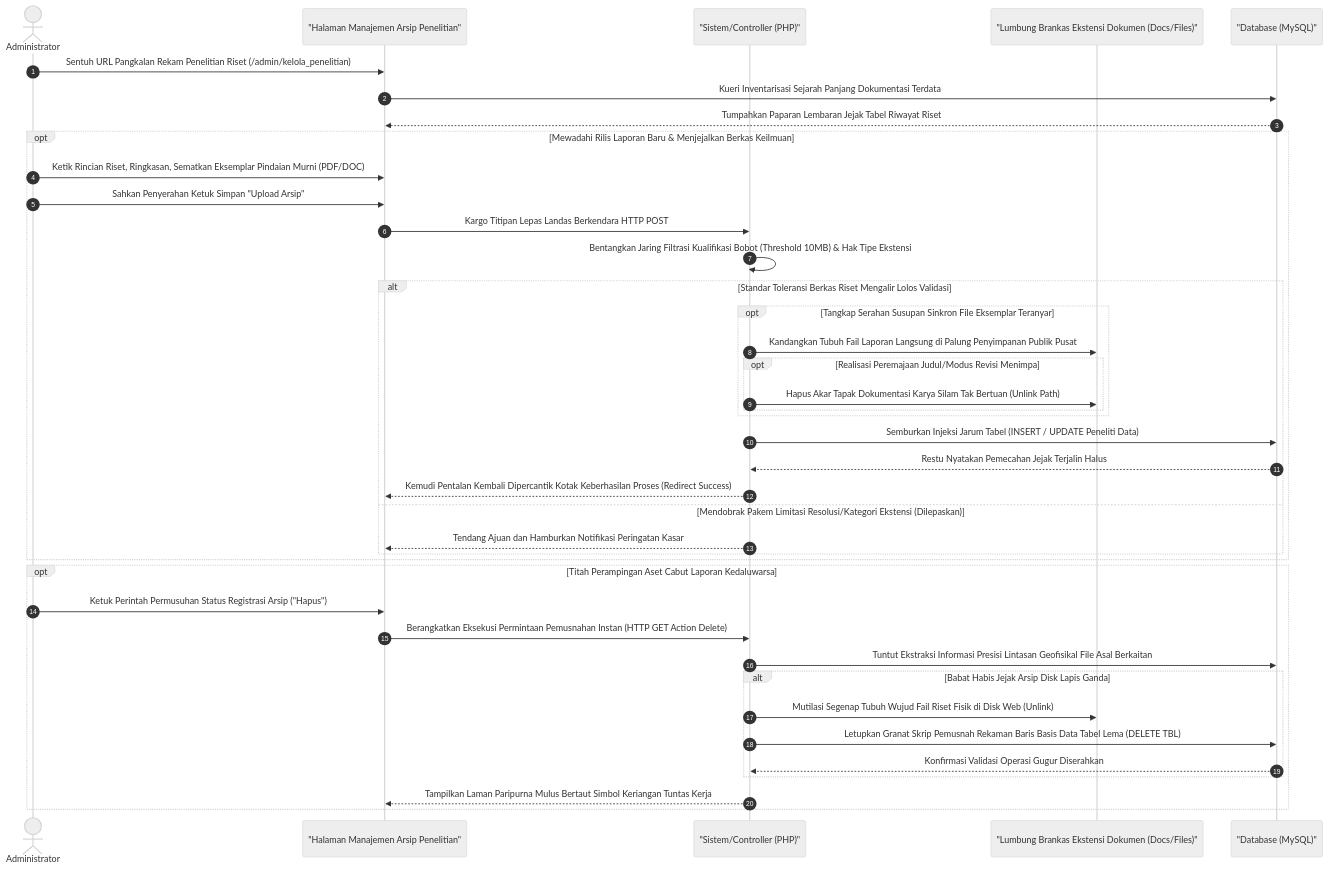
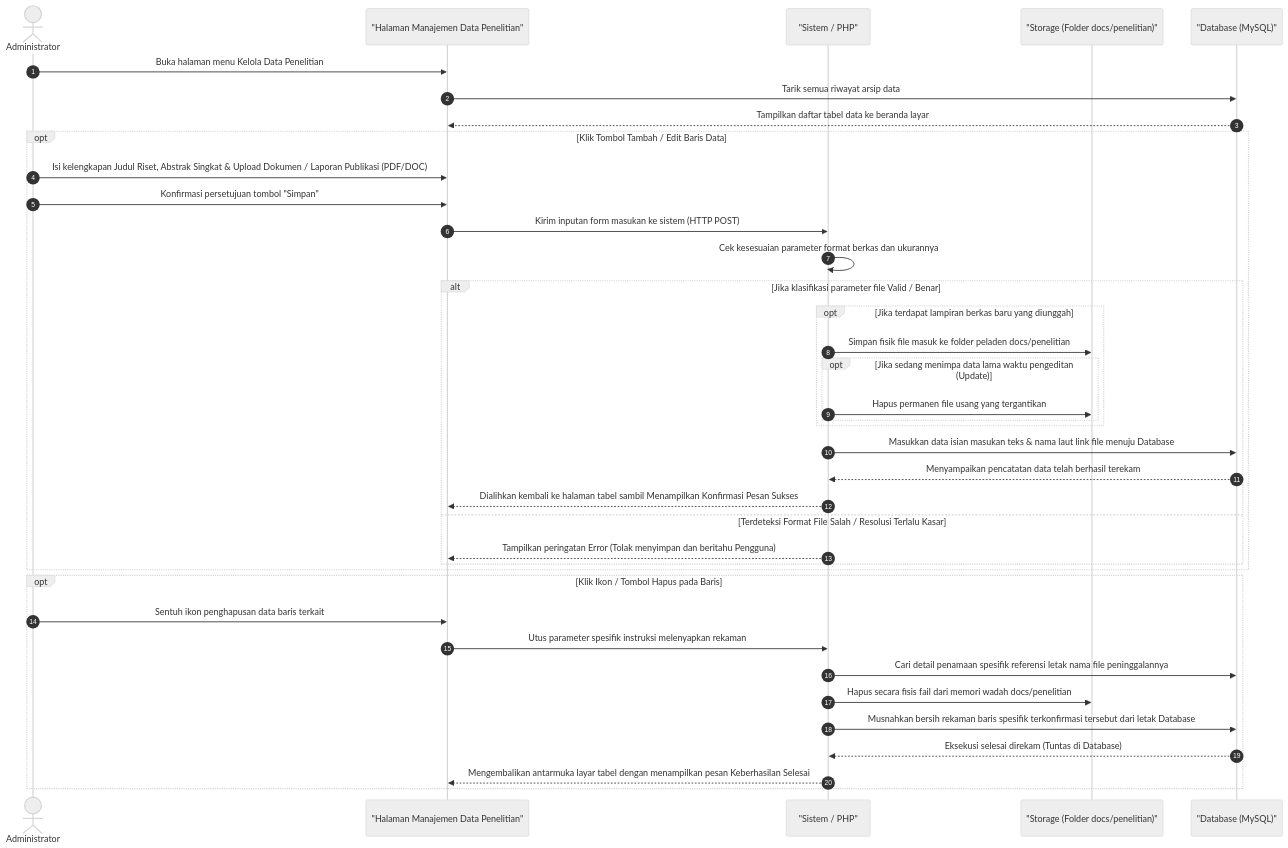
Before and after one commit to arbain-dev/Web_fikom: the diagram in docs/sequence_diagram_admin_penelitian.md, drawn with Mermaid (neutral theme). The commit also changed other lines of this file and 17 other files, not shown here.

Commit message:
docs: menyederhanakan bahasa seluruh sequence diagram admin backend

````diff
--- a/docs/sequence_diagram_admin_penelitian.md
+++ b/docs/sequence_diagram_admin_penelitian.md
@@ -15,52 +29,48 @@
 ```mermaid
 sequenceDiagram
     autonumber
     actor Admin as Administrator
-    participant View as "Halaman Manajemen Arsip Penelitian"
-    participant System as "Sistem/Controller (PHP)"
-    participant Server as "Lumbung Brankas Ekstensi Dokumen (Docs/Files)"
+    participant View as "Halaman Manajemen Data Penelitian"
+    participant System as "Sistem / PHP"
+    participant Server as "Storage (Folder docs/penelitian)"
     participant DB as "Database (MySQL)"
 
-    Admin->>View: Sentuh URL Pangkalan Rekam Penelitian Riset (/admin/kelola_penelitian)
-    View->>DB: Kueri Inventarisasi Sejarah Panjang Dokumentasi Terdata
-    DB-->>View: Tumpahkan Paparan Lembaran Jejak Tabel Riwayat Riset 
-    
-    %% Proses Tambah / Format Unggahan Dokumen
-    opt Mewadahi Rilis Laporan Baru & Menjejalkan Berkas Keilmuan
-        Admin->>View: Ketik Rincian Riset, Ringkasan, Sematkan Eksemplar Pindaian Murni (PDF/DOC)
-        Admin->>View: Sahkan Penyerahan Ketuk Simpan "Upload Arsip"
-        View->>System: Kargo Titipan Lepas Landas Berkendara HTTP POST
+    Admin->>View: Buka halaman menu Kelola Data Penelitian
+    View->>DB: Tarik semua riwayat arsip data
+    DB-->>View: Tampilkan daftar tabel data ke beranda layar
 
-        System->>System: Bentangkan Jaring Filtrasi Kualifikasi Bobot (Threshold 10MB) & Hak Tipe Ekstensi
+    %% Proses Tambah / Edit
+    opt Klik Tombol Tambah / Edit Baris Data
+        Admin->>View: Isi kelengkapan Judul Riset, Abstrak Singkat & Upload Dokumen / Laporan Publikasi (PDF/DOC)
+        Admin->>View: Konfirmasi persetujuan tombol "Simpan"
+        View->>System: Kirim inputan form masukan ke sistem (HTTP POST)
+
+        System->>System: Cek kesesuaian parameter format berkas dan ukurannya
         
-        alt Standar Toleransi Berkas Riset Mengalir Lolos Validasi
-            opt Tangkap Serahan Susupan Sinkron File Eksemplar Teranyar
-                System->>Server: Kandangkan Tubuh Fail Laporan Langsung di Palung Penyimpanan Publik Pusat 
-                opt Realisasi Peremajaan Judul/Modus Revisi Menimpa 
-                    System->>Server: Hapus Akar Tapak Dokumentasi Karya Silam Tak Bertuan (Unlink Path)
+        alt Jika klasifikasi parameter file Valid / Benar
+            opt Jika terdapat lampiran berkas baru yang diunggah
+                System->>Server: Simpan fisik file masuk ke folder peladen docs/penelitian
+                opt Jika sedang menimpa data lama waktu pengeditan (Update)
+                    System->>Server: Hapus permanen file usang yang tergantikan
                 end
             end
             
-            System->>DB: Semburkan Injeksi Jarum Tabel (INSERT / UPDATE Peneliti Data)
-            DB-->>System: Restu Nyatakan Pemecahan Jejak Terjalin Halus
-            System-->>View: Kemudi Pentalan Kembali Dipercantik Kotak Keberhasilan Proses (Redirect Success)
-        else Mendobrak Pakem Limitasi Resolusi/Kategori Ekstensi (Dilepaskan)
-            System-->>View: Tendang Ajuan dan Hamburkan Notifikasi Peringatan Kasar 
+            System->>DB: Masukkan data isian masukan teks & nama laut link file menuju Database
+            DB-->>System: Menyampaikan pencatatan data telah berhasil terekam
+            System-->>View: Dialihkan kembali ke halaman tabel sambil Menampilkan Konfirmasi Pesan Sukses
+        else Terdeteksi Format File Salah / Resolusi Terlalu Kasar
+            System-->>View: Tampilkan peringatan Error (Tolak menyimpan dan beritahu Pengguna)
         end
     end
 
-    %% Proses Unduh Dokumen dan Hapus Permanen
-    opt Titah Perampingan Aset Cabut Laporan Kedaluwarsa
-        Admin->>View: Ketuk Perintah Permusuhan Status Registrasi Arsip ("Hapus")
-        View->>System: Berangkatkan Eksekusi Permintaan Pemusnahan Instan (HTTP GET Action Delete)
-        System->>DB: Tuntut Ekstraksi Informasi Presisi Lintasan Geofisikal File Asal Berkaitan 
-        
-        alt Babat Habis Jejak Arsip Disk Lapis Ganda
-            System->>Server: Mutilasi Segenap Tubuh Wujud Fail Riset Fisik di Disk Web (Unlink)
-            System->>DB: Letupkan Granat Skrip Pemusnah Rekaman Baris Basis Data Tabel Lema (DELETE TBL)
-            DB-->>System: Konfirmasi Validasi Operasi Gugur Diserahkan
-        end
-        
-        System-->>View: Tampilkan Laman Paripurna Mulus Bertaut Simbol Keriangan Tuntas Kerja
+    %% Proses Hapus
+    opt Klik Ikon / Tombol Hapus pada Baris
+        Admin->>View: Sentuh ikon penghapusan data baris terkait
+        View->>System: Utus parameter spesifik instruksi melenyapkan rekaman
+        System->>DB: Cari detail penamaan spesifik referensi letak nama file peninggalannya
+        System->>Server: Hapus secara fisis fail dari memori wadah docs/penelitian
+        System->>DB: Musnahkan bersih rekaman baris spesifik terkonfirmasi tersebut dari letak Database
+        DB-->>System: Eksekusi selesai direkam (Tuntas di Database)
+        System-->>View: Mengembalikan antarmuka layar tabel dengan menampilkan pesan Keberhasilan Selesai
     end
 ```
````
